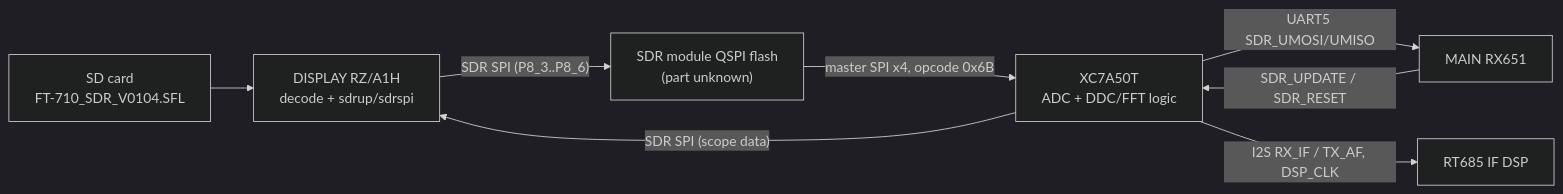
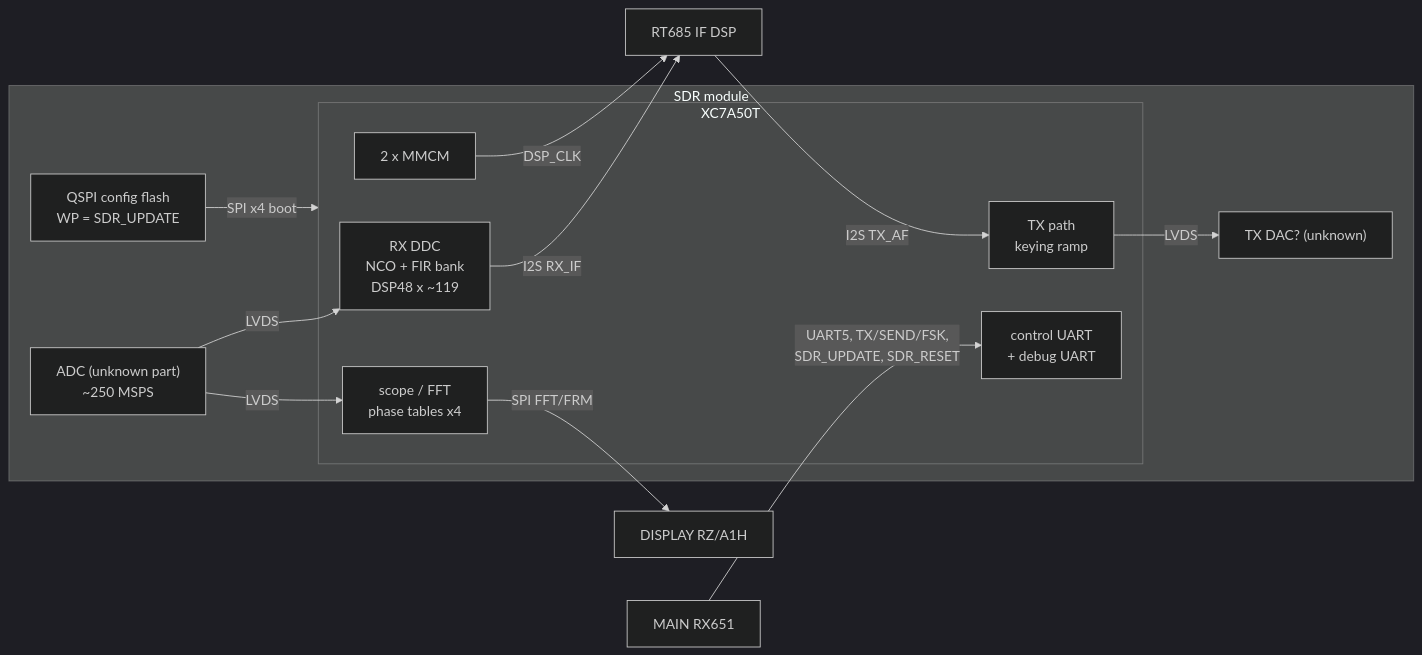
One commit to Reid-n0rc/FT-710_Firmware changed the first of 2 diagrams in docs/code/sdr/README.md. Above: the diagram before and after it, drawn with Mermaid (dark theme). The commit also changed other lines of this file and 4 other files, not shown here.

````diff
--- a/docs/code/sdr/README.md
+++ b/docs/code/sdr/README.md
@@ -9,10 +39,24 @@
 ```mermaid
 flowchart LR
-  SD["SD card<br/>FT-710_SDR_V0104.SFL"] --> D["DISPLAY RZ/A1H<br/>decode + sdrup/sdrspi"]
-  D -- "SDR SPI (P8_3..P8_6)" --> Q["SDR module QSPI flash<br/>(part unknown)"]
-  M["MAIN RX651"] -- "SDR_UPDATE / SDR_RESET" --> F
-  Q -- "master SPI x4, opcode 0x6B" --> F["XC7A50T<br/>ADC + DDC/FFT logic"]
-  F -- "UART5 SDR_UMOSI/UMISO" --> M
-  F -- "I2S RX_IF / TX_AF, DSP_CLK" --> R["RT685 IF DSP"]
-  F -- "SDR SPI (scope data)" --> D
+  subgraph MOD["SDR module"]
+    ADC["ADC (unknown part)<br/>~250 MSPS"]
+    Q["QSPI config flash<br/>WP = SDR_UPDATE"]
+    subgraph F["XC7A50T"]
+      DDC["RX DDC<br/>NCO + FIR bank<br/>DSP48 x ~119"]
+      SC["scope / FFT<br/>phase tables x4"]
+      TX["TX path<br/>keying ramp"]
+      CR["control UART<br/>+ debug UART"]
+      CK["2 x MMCM"]
+    end
+    DAC["TX DAC? (unknown)"]
+  end
+  ADC -- LVDS --> DDC
+  ADC -- LVDS --> SC
+  TX -- LVDS --> DAC
+  Q -- "SPI x4 boot" --> F
+  DDC -- "I2S RX_IF" --> RT["RT685 IF DSP"]
+  RT -- "I2S TX_AF" --> TX
+  CK -- DSP_CLK --> RT
+  SC -- "SPI FFT/FRM" --> DI["DISPLAY RZ/A1H"]
+  MA["MAIN RX651"] -- "UART5, TX/SEND/FSK,<br/>SDR_UPDATE, SDR_RESET" --> CR
 ```
````
